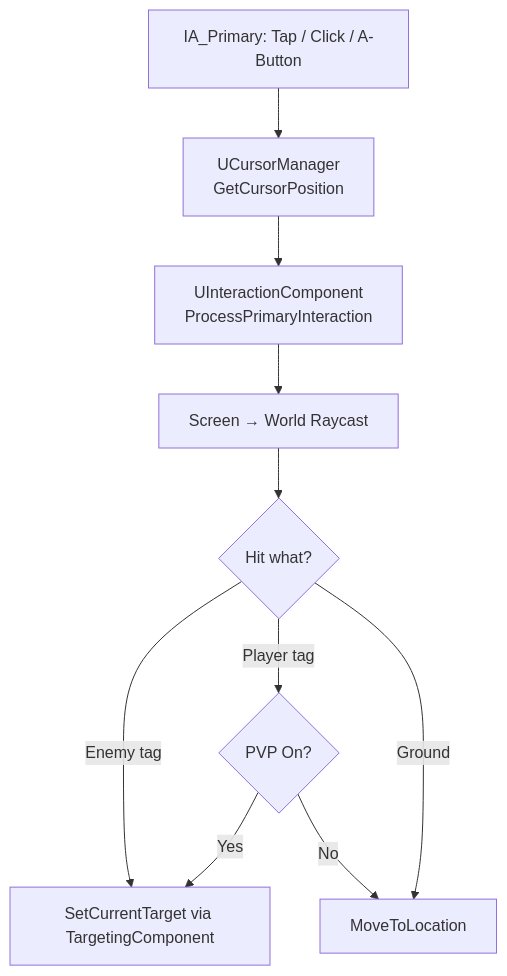
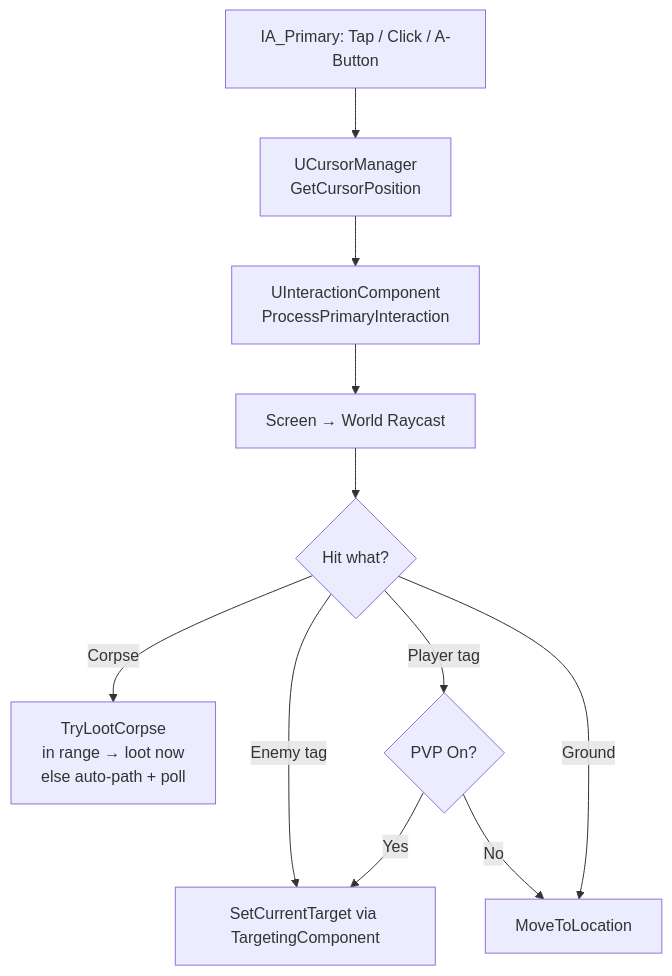
Before and after one commit to maximoh-mmo/PortfolioTutorial: the diagram in Docs/Player/Player_System.md, drawn with Mermaid. The commit also changed other lines of this file and 17 other files, not shown here.

````diff
--- a/Docs/Player/Player_System.md
+++ b/Docs/Player/Player_System.md
@@ -48,12 +48,13 @@
 ```mermaid
 flowchart TD
     Input[IA_Primary: Tap / Click / A-Button] --> Cursor[UCursorManager<br/>GetCursorPosition]
     Cursor --> Interaction[UInteractionComponent<br/>ProcessPrimaryInteraction]
     Interaction --> Raycast[Screen → World Raycast]
     Raycast --> Branch{Hit what?}
+    Branch -->|Corpse| Loot[TryLootCorpse<br/>in range → loot now<br/>else auto-path + poll]
     Branch -->|Enemy tag| Target[SetCurrentTarget via TargetingComponent]
     Branch -->|Player tag| TargetPVP{PVP On?}
     TargetPVP -->|Yes| Target
     TargetPVP -->|No| MoveTo
     Branch -->|Ground| MoveTo[MoveToLocation]
 ```
````
